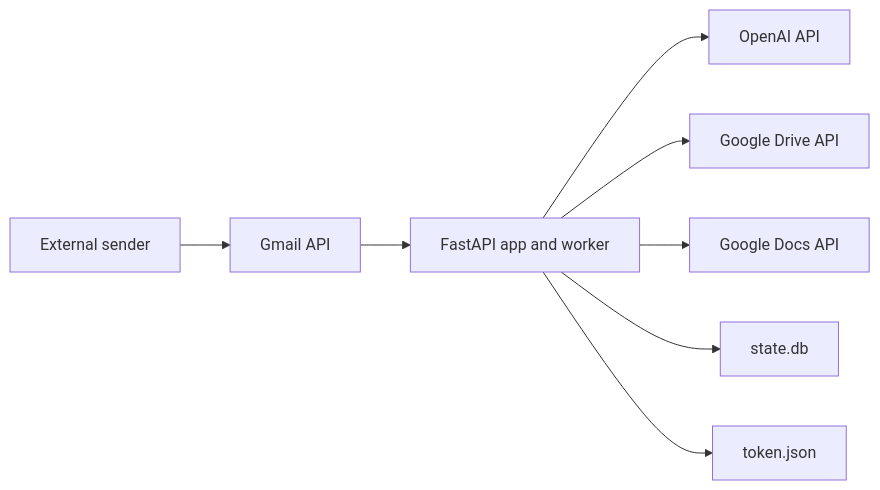
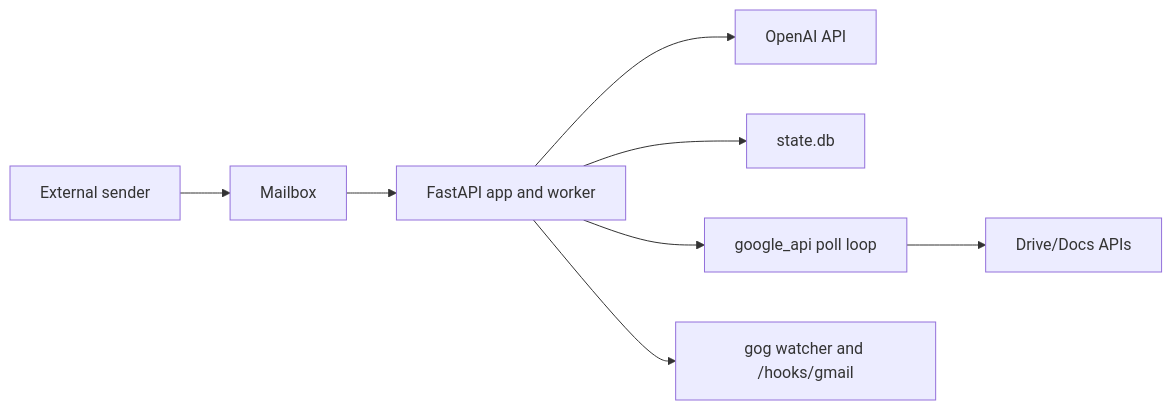
One commit to LunarMothStudios/Canna-Mailroom changed the diagram in docs/deployment.md. Above: the diagram before and after it, drawn with Mermaid. The commit also changed other lines of this file and 30 other files, not shown here.

````diff
--- a/docs/deployment.md
+++ b/docs/deployment.md
@@ -18,10 +18,10 @@
 ```mermaid
 flowchart LR
-    Sender["External sender"] --> Gmail["Gmail API"]
-    Gmail --> App["FastAPI app and worker"]
+    Sender["External sender"] --> Mailbox["Mailbox"]
+    Mailbox --> App["FastAPI app and worker"]
     App --> OpenAI["OpenAI API"]
-    App --> Drive["Google Drive API"]
-    App --> Docs["Google Docs API"]
     App --> DB["state.db"]
-    App --> Token["token.json"]
+    App --> Poll["google_api poll loop"]
+    App --> Hook["gog watcher and /hooks/gmail"]
+    Poll --> Drive["Drive/Docs APIs"]
 ```
````
